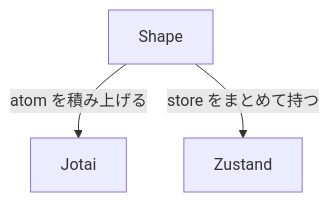
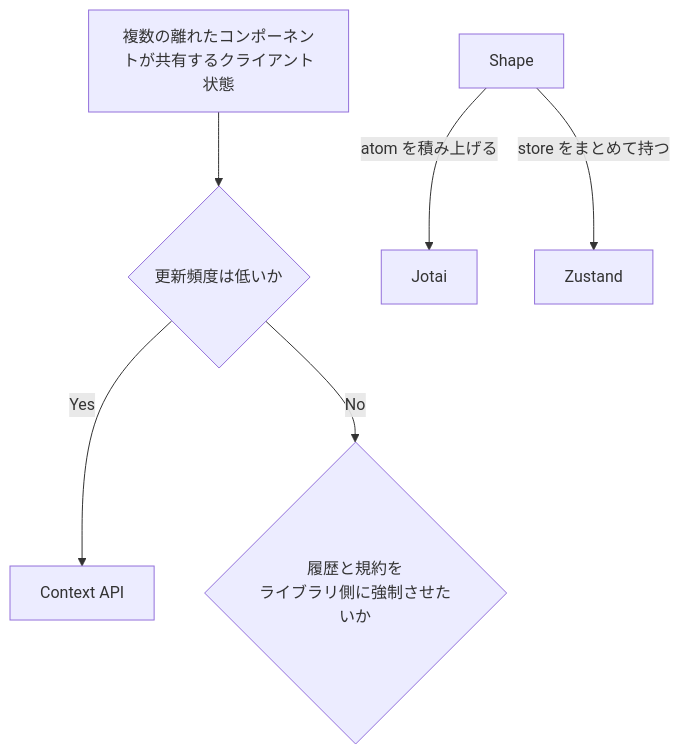
The diagram in memos/frontend/react.js/state-management.md (kato-yoshiharu/memos), drawn with Mermaid before and after one commit.

Commit message:
confirmed

````diff
--- a/memos/frontend/react.js/state-management.md
+++ b/memos/frontend/react.js/state-management.md
@@ -87,5 +87,8 @@
 ```mermaid
 flowchart TD
+    Start["複数の離れたコンポーネントが共有するクライアント状態"] --> Rare{更新頻度は低いか}
+    Rare -->|Yes| Context[Context API]
+    Rare -->|No| Force{履歴と規約を<br/>ライブラリ側に強制させたいか}
     Shape -->|atom を積み上げる| Jotai[Jotai]
     Shape -->|store をまとめて持つ| Zustand[Zustand]
 ```
````
